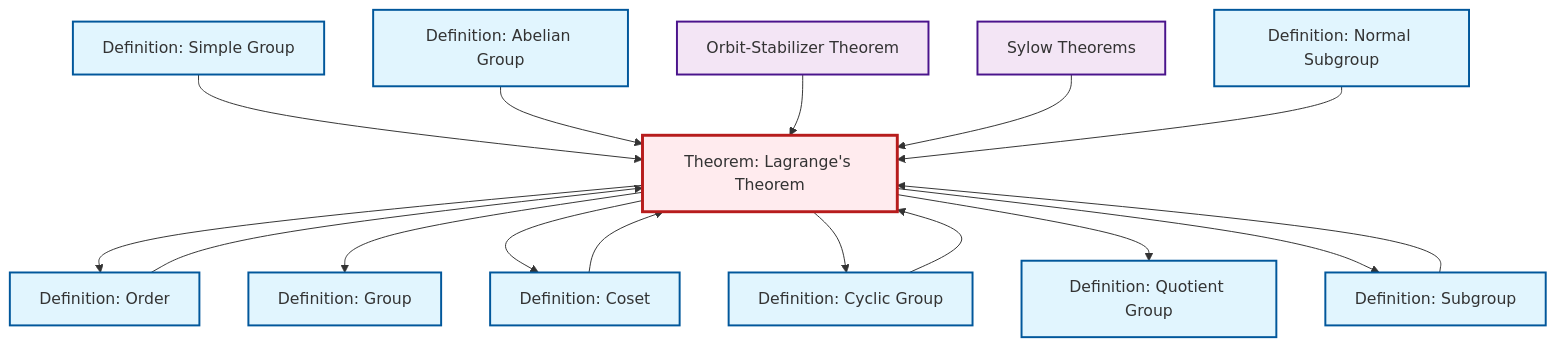
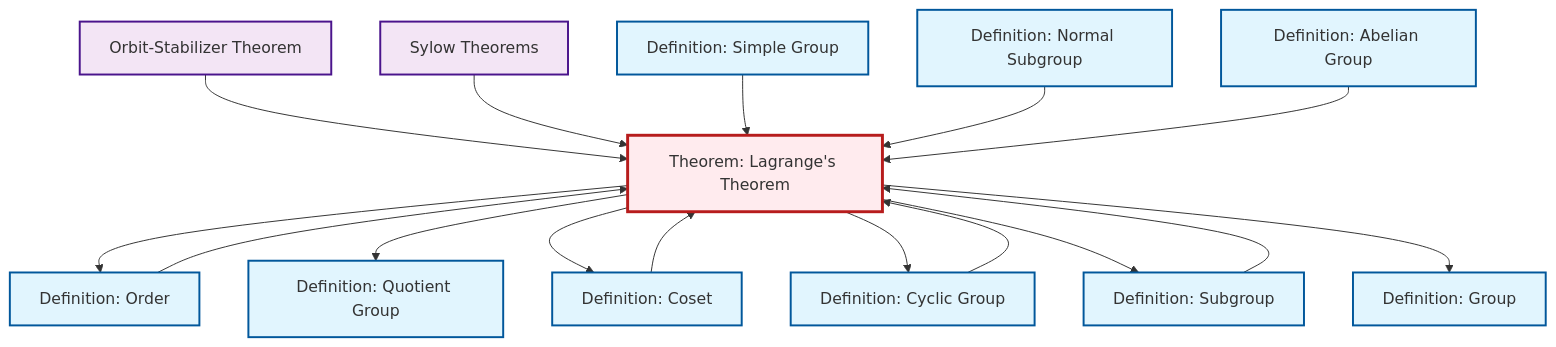
Before and after one commit to RK0429/ModernMath: the diagram in content/en/algebra/thm-lagrange.qmd, drawn with Mermaid. The commit also changed other lines of this file and 597 other files, not shown here.

````diff
--- a/content/en/algebra/thm-lagrange.qmd
+++ b/content/en/algebra/thm-lagrange.qmd
@@ -52,48 +52,48 @@
 ```{mermaid}
 %%| fig-cap: "Local dependency graph"
 graph TD
     classDef definition fill:#e1f5fe,stroke:#01579b,stroke-width:2px
     classDef theorem fill:#f3e5f5,stroke:#4a148c,stroke-width:2px
     classDef axiom fill:#fff3e0,stroke:#e65100,stroke-width:2px
     classDef example fill:#e8f5e9,stroke:#1b5e20,stroke-width:2px
     classDef current fill:#ffebee,stroke:#b71c1c,stroke-width:3px
+    thm-lagrange["Theorem: Lagrange's Theorem"]:::theorem
+    def-order["Definition: Order"]:::definition
+    def-cyclic-group["Definition: Cyclic Group"]:::definition
     def-simple-group["Definition: Simple Group"]:::definition
-    def-subgroup["Definition: Subgroup"]:::definition
     thm-sylow["Sylow Theorems"]:::theorem
-    def-order["Definition: Order"]:::definition
+    def-coset["Definition: Coset"]:::definition
     thm-orbit-stabilizer["Orbit-Stabilizer Theorem"]:::theorem
     def-quotient-group["Definition: Quotient Group"]:::definition
-    thm-lagrange["Theorem: Lagrange's Theorem"]:::theorem
+    def-normal-subgroup["Definition: Normal Subgroup"]:::definition
     def-abelian-group["Definition: Abelian Group"]:::definition
-    def-coset["Definition: Coset"]:::definition
-    def-cyclic-group["Definition: Cyclic Group"]:::definition
+    def-subgroup["Definition: Subgroup"]:::definition
     def-group["Definition: Group"]:::definition
-    def-normal-subgroup["Definition: Normal Subgroup"]:::definition
+    thm-orbit-stabilizer --> thm-lagrange
+    thm-lagrange --> def-order
+    def-coset --> thm-lagrange
+    thm-lagrange --> def-quotient-group
+    thm-sylow --> thm-lagrange
+    thm-lagrange --> def-coset
+    thm-lagrange --> def-cyclic-group
+    def-cyclic-group --> thm-lagrange
+    def-order --> thm-lagrange
     def-simple-group --> thm-lagrange
-    thm-lagrange --> def-order
+    thm-lagrange --> def-subgroup
+    def-normal-subgroup --> thm-lagrange
     def-abelian-group --> thm-lagrange
-    def-order --> thm-lagrange
+    def-subgroup --> thm-lagrange
     thm-lagrange --> def-group
-    thm-orbit-stabilizer --> thm-lagrange
-    thm-lagrange --> def-coset
-    thm-sylow --> thm-lagrange
-    def-coset --> thm-lagrange
-    def-cyclic-group --> thm-lagrange
-    def-normal-subgroup --> thm-lagrange
-    thm-lagrange --> def-cyclic-group
-    def-subgroup --> thm-lagrange
-    thm-lagrange --> def-quotient-group
-    thm-lagrange --> def-subgroup
     class thm-lagrange current
+    click def-order "def-order.html" "Go to Order definition"
+    click def-cyclic-group "def-cyclic-group.html" "Go to Cyclic Group definition"
     click def-simple-group "def-simple-group.html" "Go to Simple Group definition"
-    click def-subgroup "def-subgroup.html" "Go to Subgroup definition"
     click thm-sylow "thm-sylow.html" "Go to Sylow Theorems"
-    click def-order "def-order.html" "Go to Order definition"
+    click def-coset "def-coset.html" "Go to Coset definition"
     click thm-orbit-stabilizer "thm-orbit-stabilizer.html" "Go to Orbit-Stabilizer Theorem"
     click def-quotient-group "def-quotient-group.html" "Go to Quotient Group definition"
+    click def-normal-subgroup "def-normal-subgroup.html" "Go to Normal Subgroup definition"
     click def-abelian-group "def-abelian-group.html" "Go to Abelian Group definition"
-    click def-coset "def-coset.html" "Go to Coset definition"
-    click def-cyclic-group "def-cyclic-group.html" "Go to Cyclic Group definition"
+    click def-subgroup "def-subgroup.html" "Go to Subgroup definition"
     click def-group "def-group.html" "Go to Group definition"
-    click def-normal-subgroup "def-normal-subgroup.html" "Go to Normal Subgroup definition"
 ```
````
